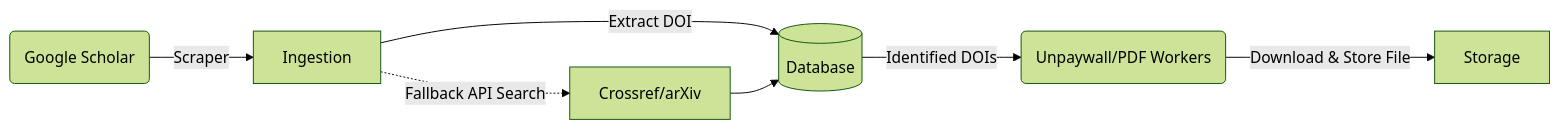
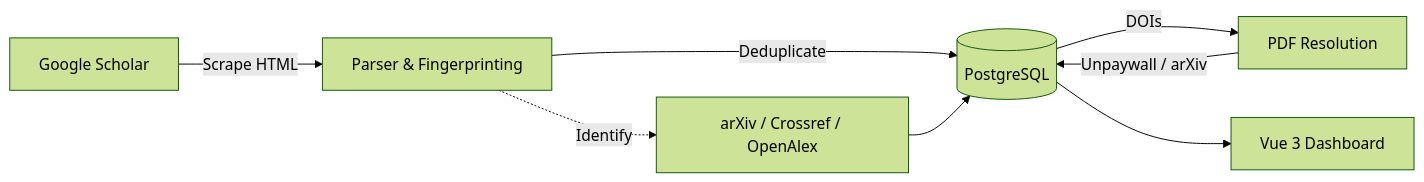
Before and after one commit to JustinZeus/scholarr: the diagram in README.md, drawn with Mermaid (forest theme). The commit also changed other lines of this file and 1 other file, not shown here.

````diff
--- a/README.md
+++ b/README.md
@@ -21,10 +93,10 @@
 ```mermaid
 graph LR
-    HTML(Google Scholar) --> |Scraper| Ingestion
-    Ingestion --> |Extract DOI| DB[(Database)]
-    Ingestion -.-> |Fallback API Search| Crossref/arXiv
-    Crossref/arXiv --> DB
-    
-    DB --> |Identified DOIs| PDFQueue(Unpaywall/PDF Workers)
-    PDFQueue --> |Download & Store File| Storage
+    Scholar[Google Scholar] -->|Scrape HTML| Parser[Parser & Fingerprinting]
+    Parser -->|Deduplicate| DB[(PostgreSQL)]
+    Parser -.->|Identify| APIs[arXiv / Crossref / OpenAlex]
+    APIs --> DB
+    DB -->|DOIs| PDF[PDF Resolution]
+    PDF -->|Unpaywall / arXiv| DB
+    DB --> UI[Vue 3 Dashboard]
 ```
````
